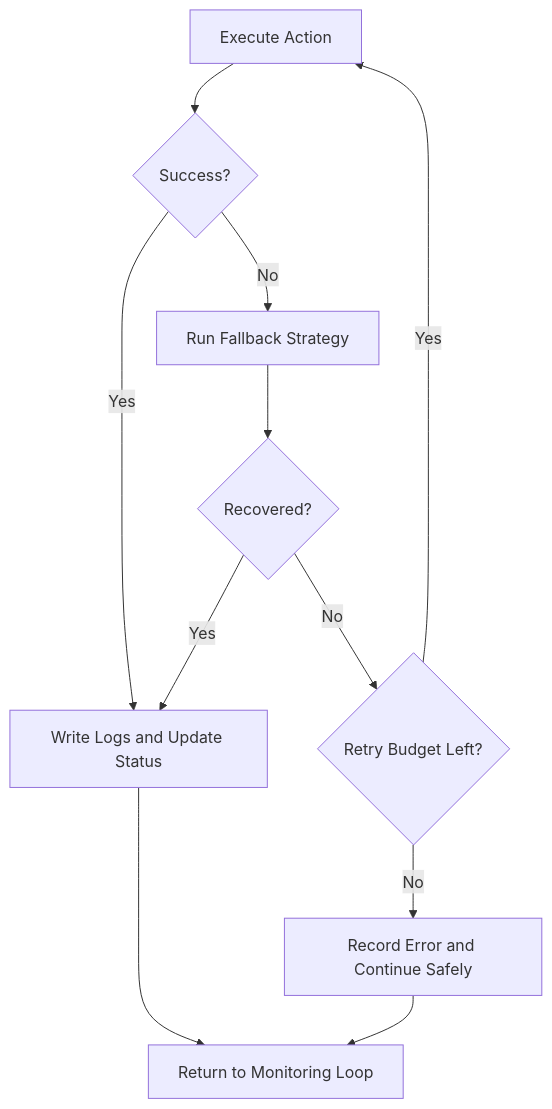
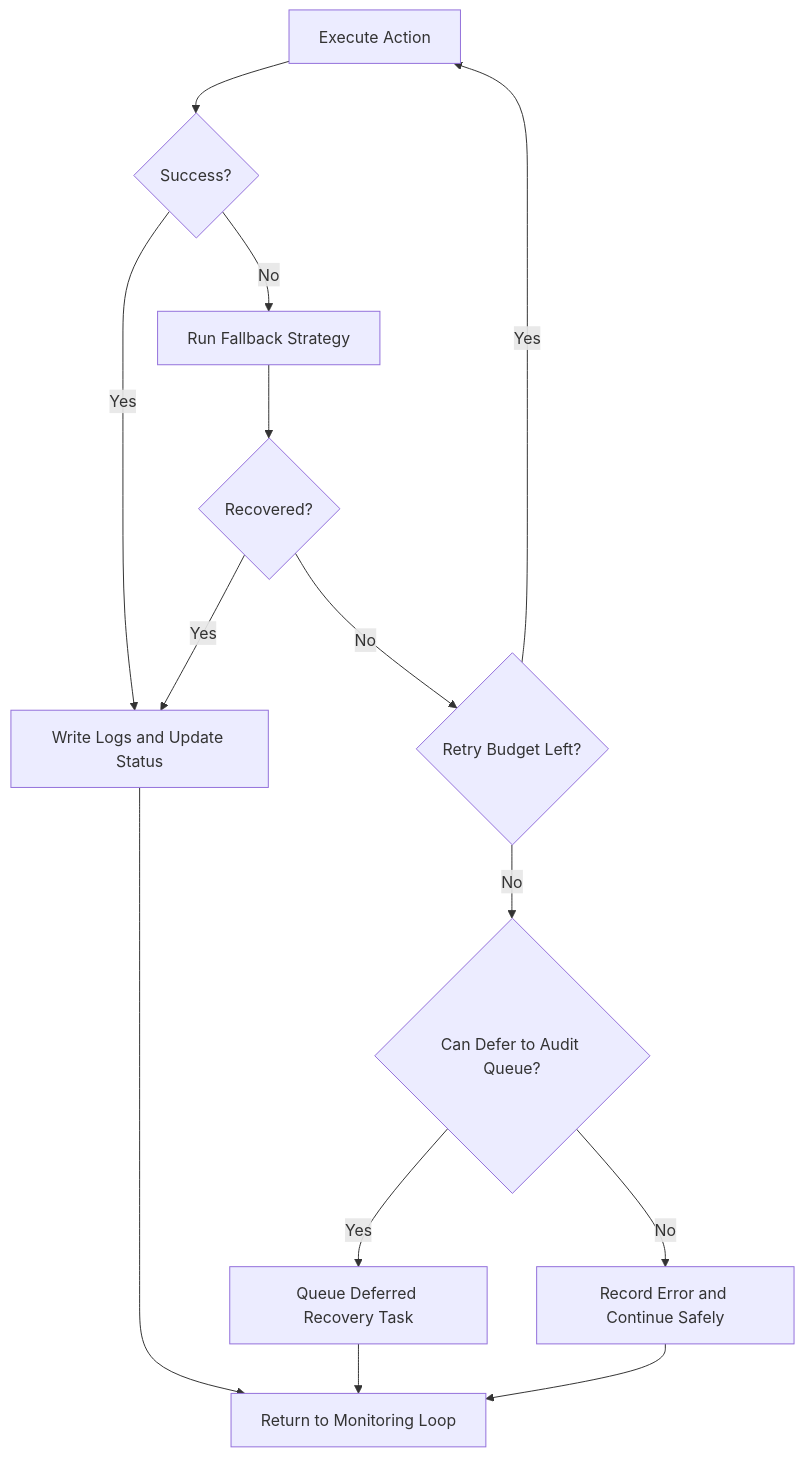
Before and after one commit to THESWLLC/ROUTR: the third of 3 diagrams in README.md, drawn with Mermaid. The commit also changed other lines of this file, not shown here.

````diff
--- a/README.md
+++ b/README.md
@@ -131,13 +146,16 @@
 ```mermaid
 flowchart TD
     A[Execute Action] --> B{Success?}
     B -- Yes --> C[Write Logs and Update Status]
     B -- No --> D[Run Fallback Strategy]
     D --> E{Recovered?}
     E -- Yes --> C
     E -- No --> F{Retry Budget Left?}
     F -- Yes --> A
-    F -- No --> G[Record Error and Continue Safely]
-    C --> H[Return to Monitoring Loop]
-    G --> H
+    F -- No --> G{Can Defer to Audit Queue?}
+    G -- Yes --> H[Queue Deferred Recovery Task]
+    G -- No --> I[Record Error and Continue Safely]
+    C --> J[Return to Monitoring Loop]
+    H --> J
+    I --> J
 ```
````
